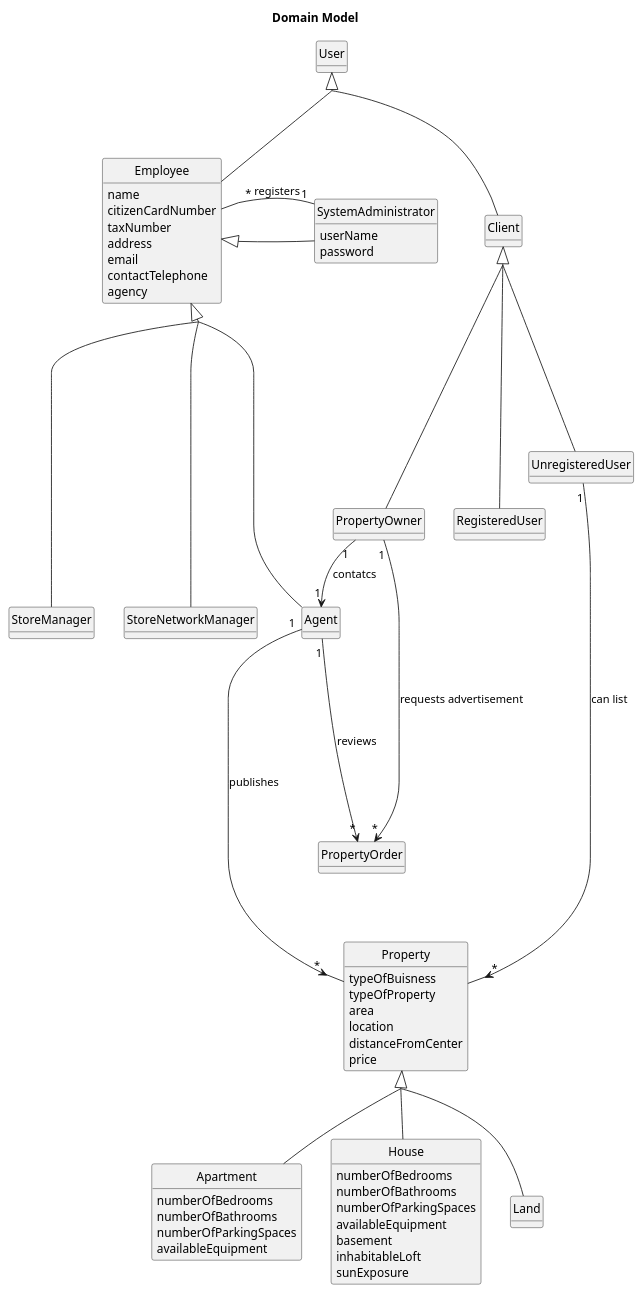
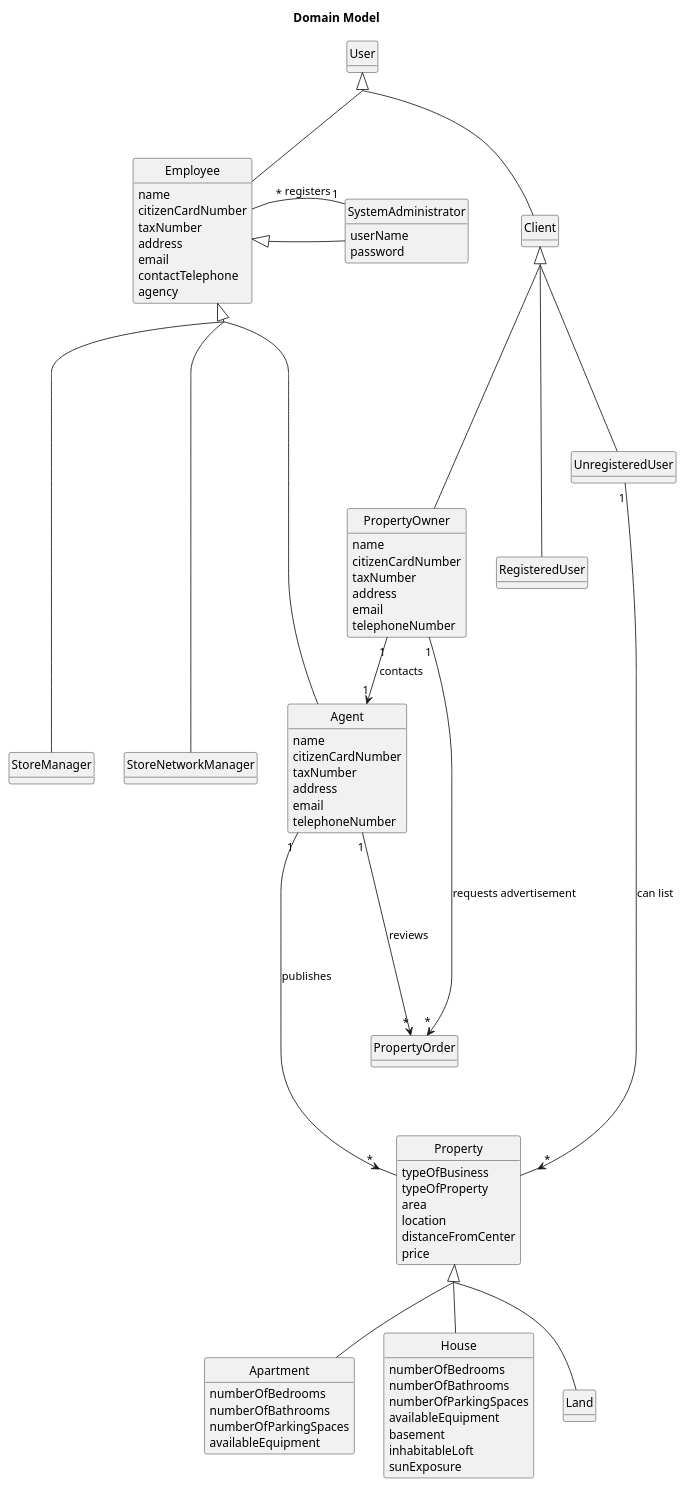
One commit to Goncalves2525/real-estate-management-system changed the diagram in docs/sprintA/global-artifacts/02.analysis/puml/project-domain-model-right.puml. Above: the diagram before and after it, drawn with PlantUML. The commit also changed 8 other files, not shown here.

```diff
--- a/docs/sprintA/global-artifacts/02.analysis/puml/project-domain-model-right.puml
+++ b/docs/sprintA/global-artifacts/02.analysis/puml/project-domain-model-right.puml
@@ -1,109 +1,120 @@
 @startuml
 skinparam monochrome true
 skinparam packageStyle rectangle
 skinparam shadowing false
 'skinparam linetype ortho
 skinparam classAttributeIconSize 0
 skinparam groupInheritance 2
 'skinparam linetype polyline
 
 hide circle
 hide methods
 'left to right direction
 title Domain Model
 
 class Client{
 }
 
 class User{
 }
 
 class RegisteredUser{
 }
 
 class UnregisteredUser{
 }
 
 class PropertyOwner{
+    name
+    citizenCardNumber
+    taxNumber
+    address
+    email
+    telephoneNumber
 }
 
 class Employee{
     name
     citizenCardNumber
     taxNumber
     address
     email
     contactTelephone
     agency
 }
 
 class Agent{
-
+    name
+    citizenCardNumber
+    taxNumber
+    address
+    email
+    telephoneNumber
 }
 
 class StoreManager{
 }
 
 class StoreNetworkManager{
 }
 
 class SystemAdministrator{
    userName
    password
 }
 
 class PropertyOrder{
 }
 
 class Property{
-    typeOfBuisness
+    typeOfBusiness
     typeOfProperty
     area
     location
     distanceFromCenter
     price
 }
 
 class Apartment{
     numberOfBedrooms
     numberOfBathrooms
     numberOfParkingSpaces
     availableEquipment
 }
 
 class House{
     numberOfBedrooms
     numberOfBathrooms
     numberOfParkingSpaces
     availableEquipment
     basement
     inhabitableLoft
     sunExposure
 }
 
 class Land{
 }
 
 
 SystemAdministrator "1" -left "*" Employee : registers
 PropertyOwner "1" --> "*" PropertyOrder : requests advertisement
-PropertyOwner "1" --> "1" Agent : contatcs
+PropertyOwner "1" --> "1" Agent : contacts
 Agent "1" ----> "*" PropertyOrder : reviews
 Agent "1" -----> "*" Property : publishes
 UnregisteredUser "1" ---> "*" Property: can list
 
 Client <|---- RegisteredUser
 Client <|--- UnregisteredUser
 Client <|---- PropertyOwner
 User <|-- Client
 User <|-- Employee
 Employee <|-- Agent
 Employee <|----- StoreManager
 Employee <|----- StoreNetworkManager
 Property <|-- House
 Property <|-- Apartment
 Property <|-- Land
 Employee <|-- SystemAdministrator
 
 
 @enduml
```
